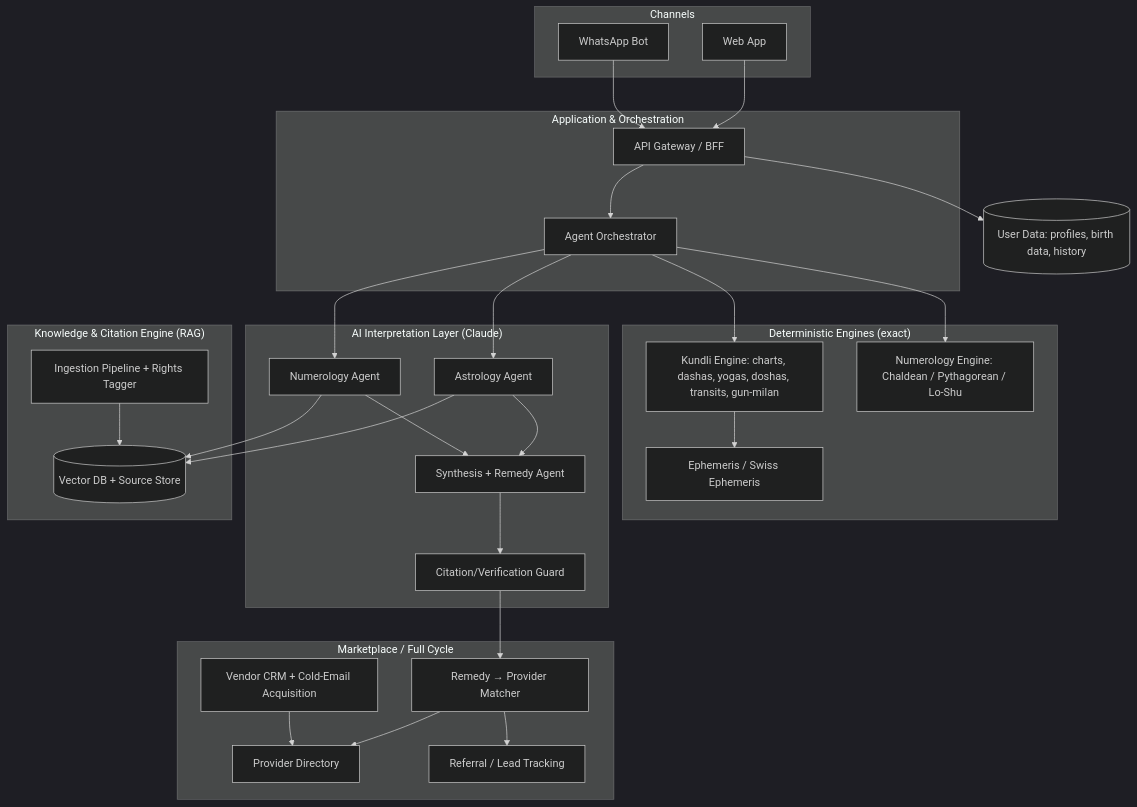
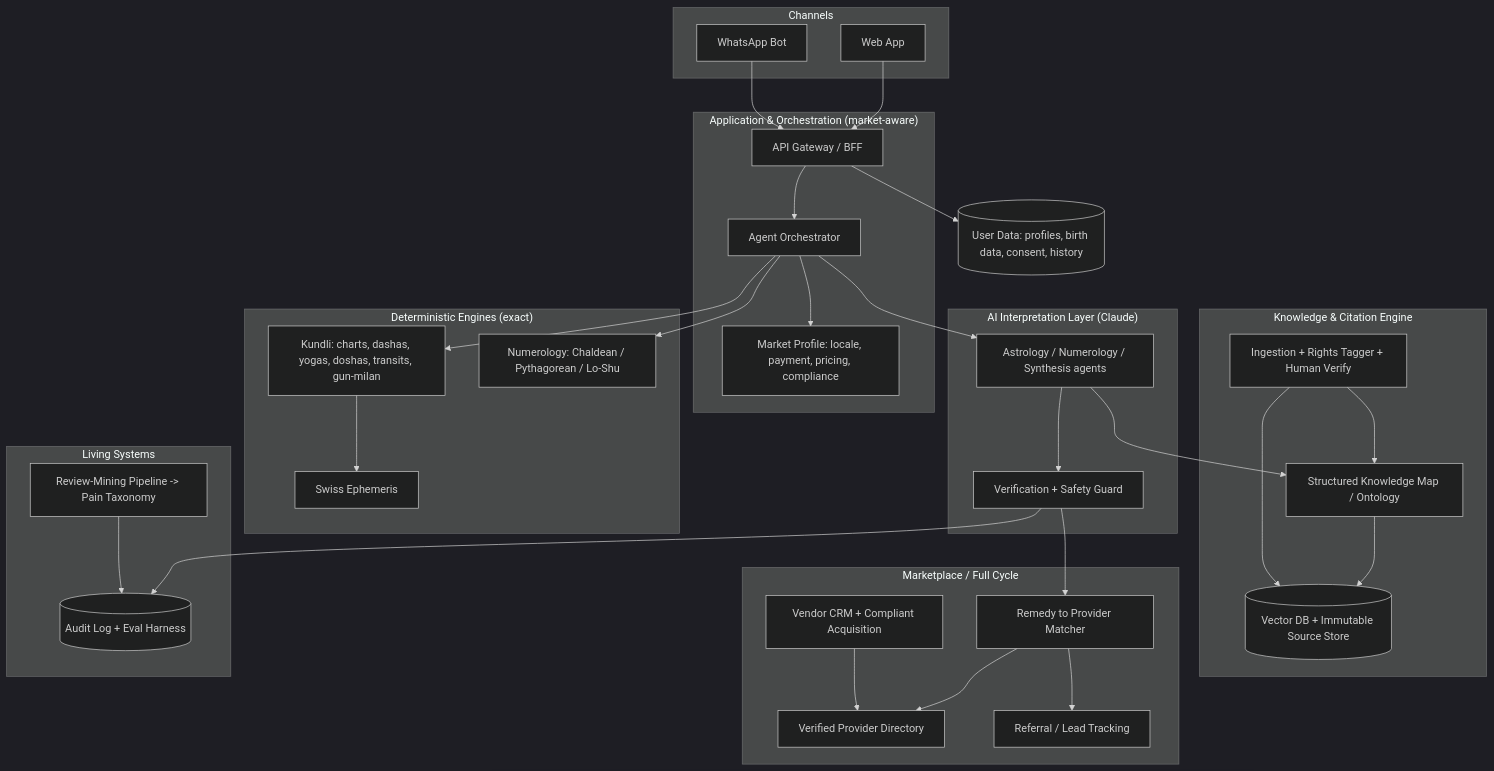
One commit to harpreets0606-del/pantrypilot changed the diagram in docs/ARCHITECTURE.md. Above: the diagram before and after it, drawn with Mermaid (dark theme). The commit also changed other lines of this file, not shown here.

First line of the commit message:
docs: consolidate v2 architecture blueprint with verified research

````diff
--- a/docs/ARCHITECTURE.md
+++ b/docs/ARCHITECTURE.md
@@ -35,59 +49,53 @@
 ```mermaid
 flowchart TD
     subgraph Channels
         WEB[Web App]
         WA[WhatsApp Bot]
     end
-
-    subgraph Core["Application & Orchestration"]
+    subgraph Core["Application & Orchestration (market-aware)"]
         API[API Gateway / BFF]
         ORCH[Agent Orchestrator]
+        MKT[Market Profile: locale, payment, pricing, compliance]
     end
+    subgraph Engines["Deterministic Engines (exact)"]
+        EPH[Swiss Ephemeris]
+        KUNDLI[Kundli: charts, dashas, yogas, doshas, transits, gun-milan]
+        NUM[Numerology: Chaldean / Pythagorean / Lo-Shu]
+    end
+    subgraph Brain["AI Interpretation Layer (Claude)"]
+        AGENTS[Astrology / Numerology / Synthesis agents]
+        GUARD[Verification + Safety Guard]
+    end
+    subgraph Knowledge["Knowledge & Citation Engine"]
+        INGEST[Ingestion + Rights Tagger + Human Verify]
+        KMAP[Structured Knowledge Map / Ontology]
+        VDB[(Vector DB + Immutable Source Store)]
+    end
+    subgraph Market["Marketplace / Full Cycle"]
+        DIR[Verified Provider Directory]
+        MATCH[Remedy to Provider Matcher]
+        REF[Referral / Lead Tracking]
+        CRM[Vendor CRM + Compliant Acquisition]
+    end
+    subgraph Ops["Living Systems"]
+        MINE[Review-Mining Pipeline -> Pain Taxonomy]
+        AUDIT[(Audit Log + Eval Harness)]
+    end
+    DATA[(User Data: profiles, birth data, consent, history)]
 
-    subgraph Engines["Deterministic Engines (exact)"]
-        EPH[Ephemeris / Swiss Ephemeris]
-        KUNDLI[Kundli Engine: charts, dashas, yogas, doshas, transits, gun-milan]
-        NUM[Numerology Engine: Chaldean / Pythagorean / Lo-Shu]
-    end
-
-    subgraph Brain["AI Interpretation Layer (Claude)"]
-        ASTRO[Astrology Agent]
-        NUMA[Numerology Agent]
-        SYNTH[Synthesis + Remedy Agent]
-        VERIFY[Citation/Verification Guard]
-    end
-
-    subgraph Knowledge["Knowledge & Citation Engine (RAG)"]
-        INGEST[Ingestion Pipeline + Rights Tagger]
-        VDB[(Vector DB + Source Store)]
-    end
-
-    subgraph Market["Marketplace / Full Cycle"]
-        DIR[Provider Directory]
-        MATCH[Remedy → Provider Matcher]
-        REF[Referral / Lead Tracking]
-        CRM[Vendor CRM + Cold-Email Acquisition]
-    end
-
-    DATA[(User Data: profiles, birth data, history)]
-
-    WEB --> API
-    WA --> API
-    API --> ORCH
-    ORCH --> KUNDLI
+    WEB & WA --> API --> ORCH
+    ORCH --> MKT
+    ORCH --> KUNDLI --> EPH
     ORCH --> NUM
-    KUNDLI --> EPH
-    ORCH --> ASTRO
-    ORCH --> NUMA
-    ASTRO --> VDB
-    NUMA --> VDB
-    ASTRO --> SYNTH
-    NUMA --> SYNTH
-    SYNTH --> VERIFY
-    VERIFY --> MATCH
-    MATCH --> DIR
+    ORCH --> AGENTS
+    AGENTS --> KMAP --> VDB
+    AGENTS --> GUARD
+    GUARD --> MATCH --> DIR
     MATCH --> REF
     INGEST --> VDB
+    INGEST --> KMAP
     CRM --> DIR
+    GUARD --> AUDIT
+    MINE --> AUDIT
     API --> DATA
 ```
````
